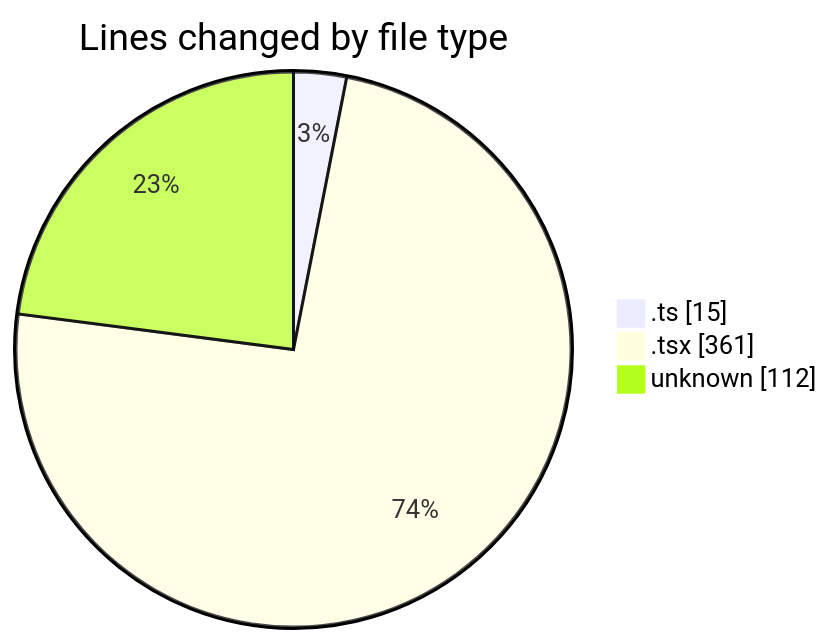
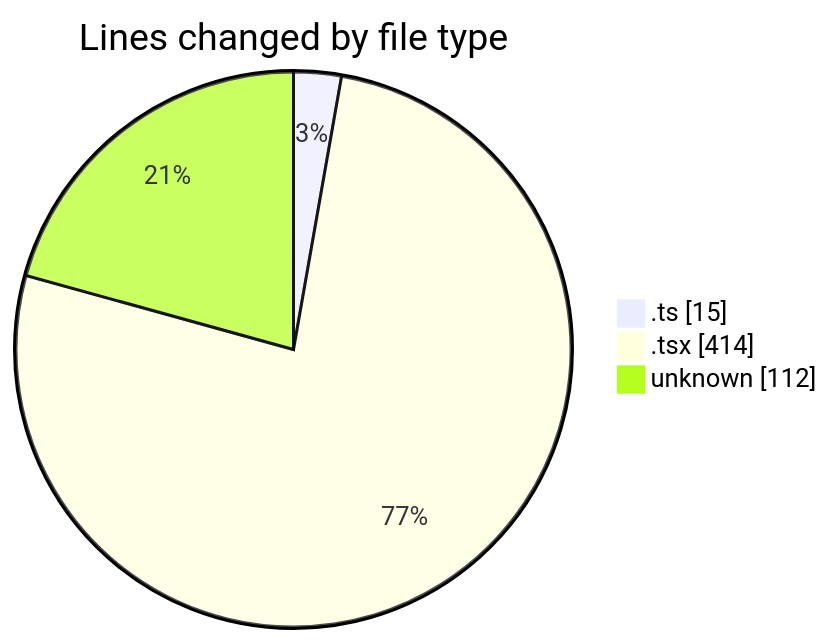
The first of 2 diagrams in 2026-04-29/cda/README.md (momahboobian/code-tracking), drawn with Mermaid before and after one commit. The commit also changed other lines of this file and 1 other file, not shown here.

````diff
--- a/2026-04-29/cda/README.md
+++ b/2026-04-29/cda/README.md
@@ -27,7 +27,7 @@
 ```mermaid
 pie showData
 title Lines changed by file type
 ".ts" : 15
-".tsx" : 361
+".tsx" : 414
 "unknown" : 112
 ```
````
